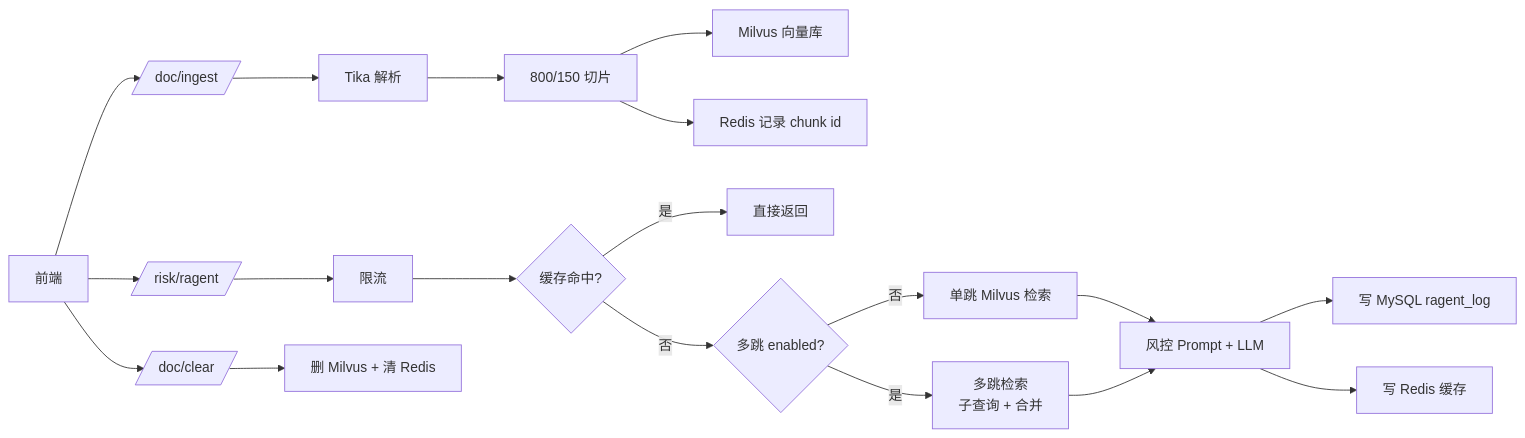
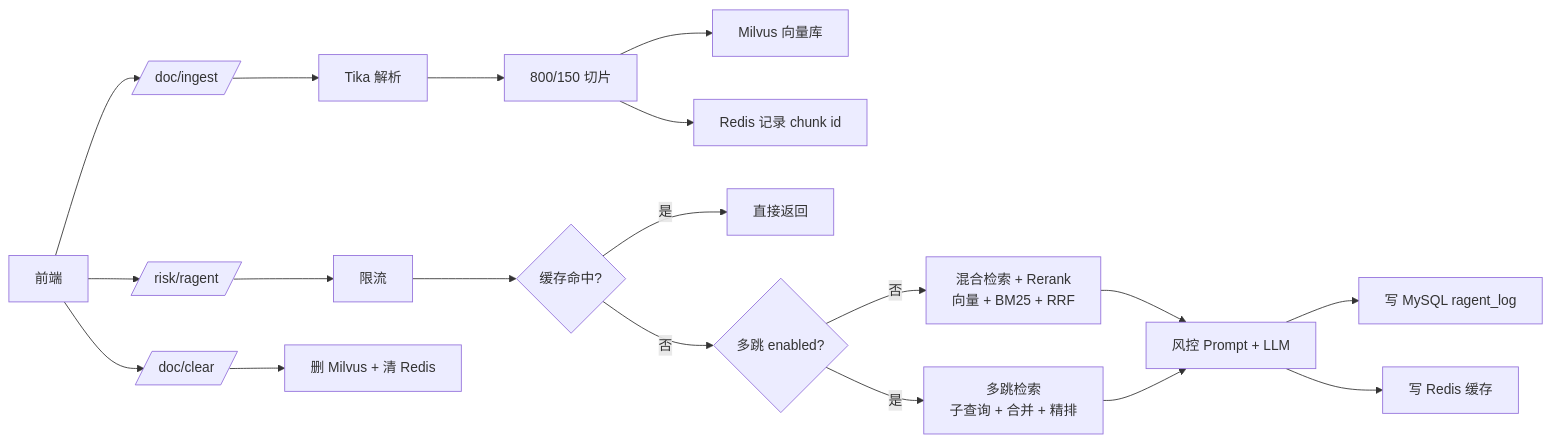
Before and after one commit to 1259665975/risk-ai-qa: the diagram in docs/快速理解代码.md, drawn with Mermaid. The commit also changed other lines of this file and 23 other files, not shown here.

````diff
--- a/docs/快速理解代码.md
+++ b/docs/快速理解代码.md
@@ -196,24 +209,24 @@
 ```mermaid
 flowchart LR
     A[前端] --> B[/doc/ingest/]
     A --> C[/risk/ragent/]
     A --> D[/doc/clear/]
 
     B --> E[Tika 解析]
     E --> F[800/150 切片]
     F --> G[Milvus 向量库]
     F --> H[Redis 记录 chunk id]
 
     C --> I[限流]
     I --> J{缓存命中?}
     J -- 是 --> K[直接返回]
     J -- 否 --> L{多跳 enabled?}
-    L -- 否 --> L1[单跳 Milvus 检索]
-    L -- 是 --> L2[多跳检索<br/>子查询 + 合并]
+    L -- 否 --> L1[混合检索 + Rerank<br/>向量 + BM25 + RRF]
+    L -- 是 --> L2[多跳检索<br/>子查询 + 合并 + 精排]
     L1 --> M[风控 Prompt + LLM]
     L2 --> M
     M --> N[写 MySQL ragent_log]
     M --> O[写 Redis 缓存]
 
     D --> P[删 Milvus + 清 Redis]
 ```
````
